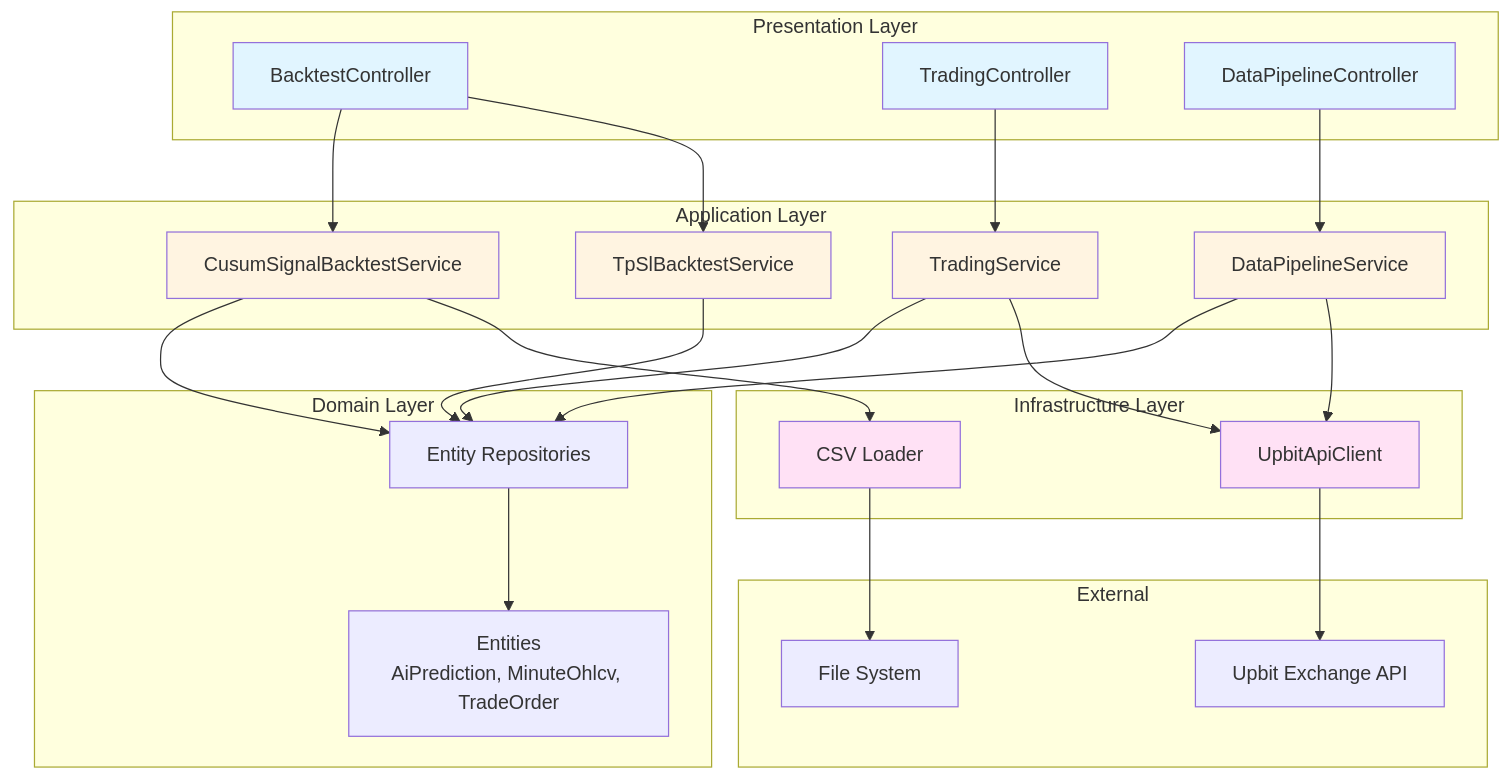
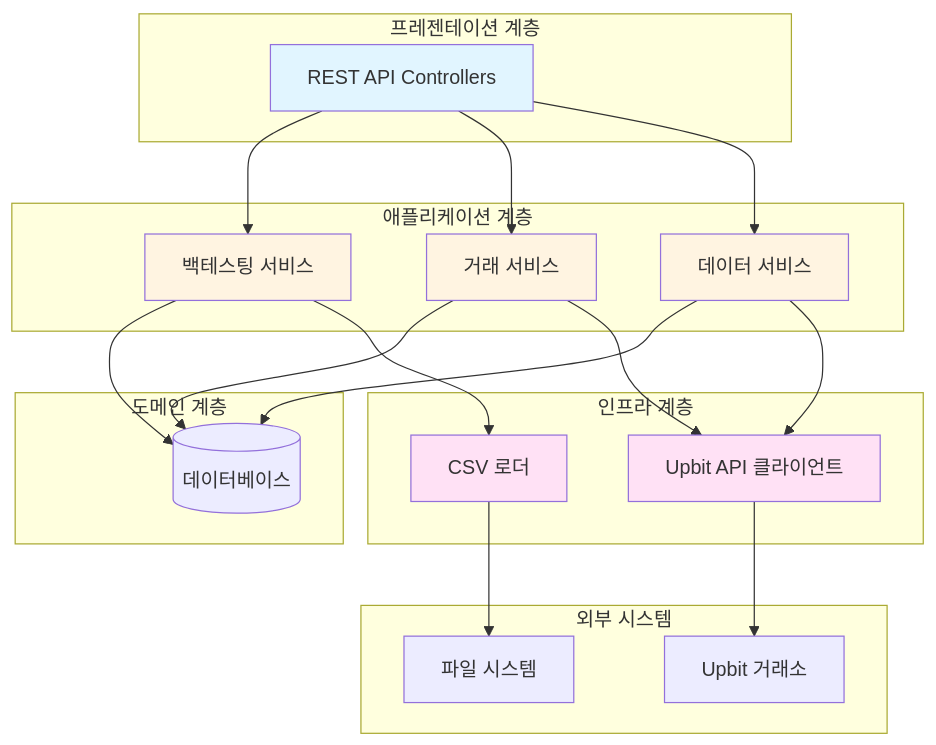
The fifth of 5 diagrams in docs/SEQUENCE_DIAGRAM.md (invigoworks-knu/engine), drawn with Mermaid before and after one commit. The commit also changed other lines of this file, not shown here.

First line of the commit message:
docs: 시퀀스 다이어그램을 한글로 변경하고 추상화 수준 향상

````diff
--- a/docs/SEQUENCE_DIAGRAM.md
+++ b/docs/SEQUENCE_DIAGRAM.md
@@ -297,58 +202,48 @@
 ```mermaid
 graph TB
-    subgraph "Presentation Layer"
-        BC[BacktestController]
-        TC[TradingController]
-        DC[DataPipelineController]
+    subgraph "프레젠테이션 계층"
+        API[REST API Controllers]
     end
 
-    subgraph "Application Layer"
-        CBS[CusumSignalBacktestService]
-        TBS[TpSlBacktestService]
-        TS[TradingService]
-        DPS[DataPipelineService]
+    subgraph "애플리케이션 계층"
+        BS[백테스팅 서비스]
+        TS[거래 서비스]
+        DS[데이터 서비스]
     end
 
-    subgraph "Domain Layer"
-        ER[Entity Repositories]
-        E[Entities<br/>AiPrediction, MinuteOhlcv, TradeOrder]
+    subgraph "도메인 계층"
+        DB[(데이터베이스)]
     end
 
-    subgraph "Infrastructure Layer"
-        UA[UpbitApiClient]
-        CSV[CSV Loader]
+    subgraph "인프라 계층"
+        UPBIT[Upbit API 클라이언트]
+        CSV[CSV 로더]
     end
 
-    subgraph "External"
-        UP[Upbit Exchange API]
-        FS[File System]
+    subgraph "외부 시스템"
+        EXCHANGE[Upbit 거래소]
+        FILES[파일 시스템]
     end
 
-    BC --> CBS
-    BC --> TBS
-    TC --> TS
-    DC --> DPS
+    API --> BS
+    API --> TS
+    API --> DS
 
-    CBS --> ER
-    TBS --> ER
-    TS --> ER
-    DPS --> ER
+    BS --> DB
+    TS --> DB
+    DS --> DB
 
-    CBS --> CSV
-    TS --> UA
-    DPS --> UA
+    BS --> CSV
+    TS --> UPBIT
+    DS --> UPBIT
 
-    UA --> UP
-    CSV --> FS
-    ER --> E
+    UPBIT --> EXCHANGE
+    CSV --> FILES
 
-    style BC fill:#e1f5ff
-    style TC fill:#e1f5ff
-    style DC fill:#e1f5ff
-    style CBS fill:#fff4e1
-    style TBS fill:#fff4e1
+    style API fill:#e1f5ff
+    style BS fill:#fff4e1
     style TS fill:#fff4e1
-    style DPS fill:#fff4e1
-    style UA fill:#ffe1f5
+    style DS fill:#fff4e1
+    style UPBIT fill:#ffe1f5
     style CSV fill:#ffe1f5
 ```
````
